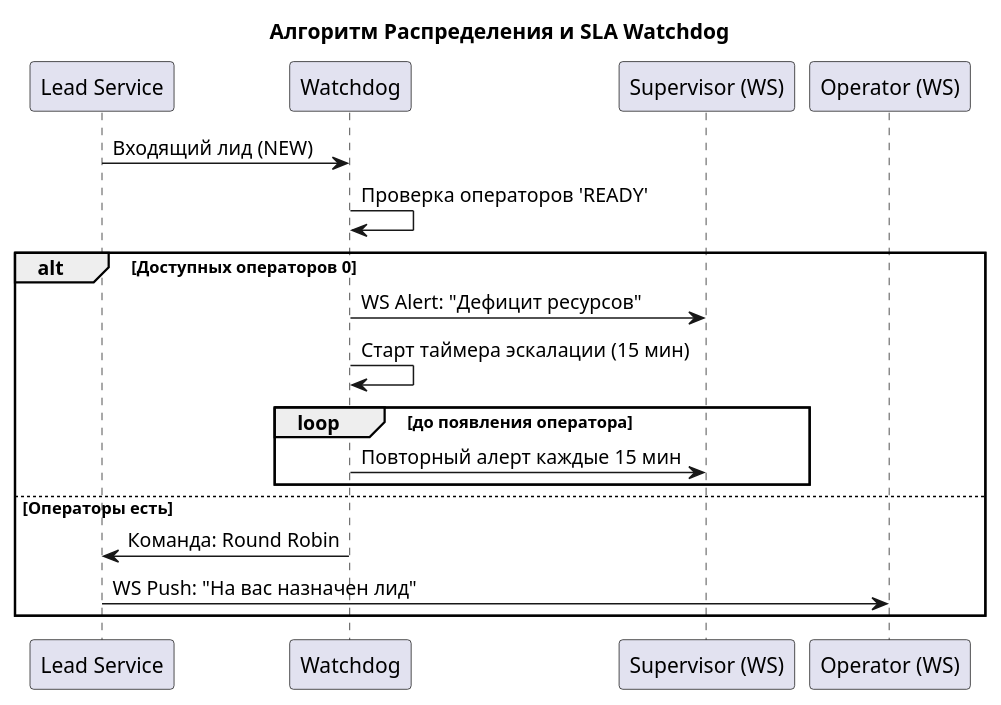
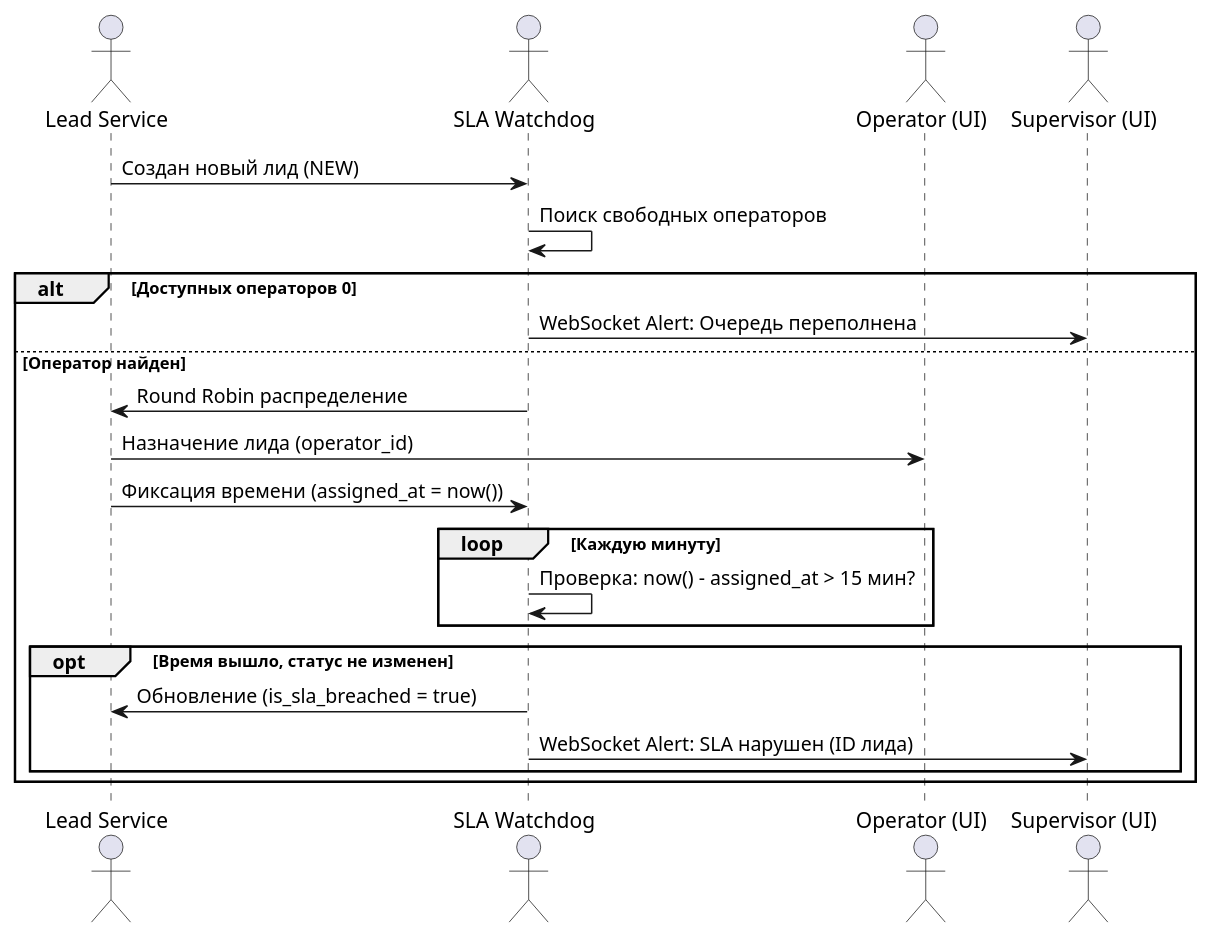
The diagram in Backlog/на доработку/LeedCardB2C.md (styazhkoV/-), drawn with PlantUML before and after one commit. The commit also changed other lines of this file and 4 other files, not shown here.

````diff
--- a/Backlog/на доработку/LeedCardB2C.md
+++ b/Backlog/на доработку/LeedCardB2C.md
@@ -158,22 +205,29 @@
 ```plantuml
 @startuml
-title Алгоритм Распределения и SLA Watchdog
-participant "Lead Service" as LS
-participant "Watchdog" as WD
-participant "Supervisor (WS)" as SV
-participant "Operator (WS)" as OP
+actor LeadService as "Lead Service"
+actor Watchdog as "SLA Watchdog"
+actor Operator as "Operator (UI)"
+actor Supervisor as "Supervisor (UI)"
 
-LS -> WD : Входящий лид (NEW)
-WD -> WD : Проверка операторов 'READY'
+LeadService -> Watchdog: Создан новый лид (NEW)
+Watchdog -> Watchdog: Поиск свободных операторов
+
 alt Доступных операторов 0
-    WD -> SV : WS Alert: "Дефицит ресурсов"
-    WD -> WD : Старт таймера эскалации (15 мин)
-    loop до появления оператора
-       WD -> SV : Повторный алерт каждые 15 мин
+    Watchdog -> Supervisor: WebSocket Alert: Очередь переполнена
+else Оператор найден
+    Watchdog -> LeadService: Round Robin распределение
+    LeadService -> Operator: Назначение лида (operator_id)
+    LeadService -> Watchdog: Фиксация времени (assigned_at = now())
+
+    loop Каждую минуту
+        Watchdog -> Watchdog: Проверка: now() - assigned_at > 15 мин?
     end
-else Операторы есть
-    WD -> LS : Команда: Round Robin
-    LS -> OP : WS Push: "На вас назначен лид"
+
+    opt Время вышло, статус не изменен
+        Watchdog -> LeadService: Обновление (is_sla_breached = true)
+        Watchdog -> Supervisor: WebSocket Alert: SLA нарушен (ID лида)
+    end
 end
 @enduml
+
 ```
````
